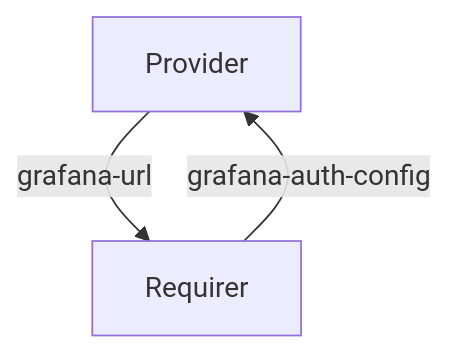
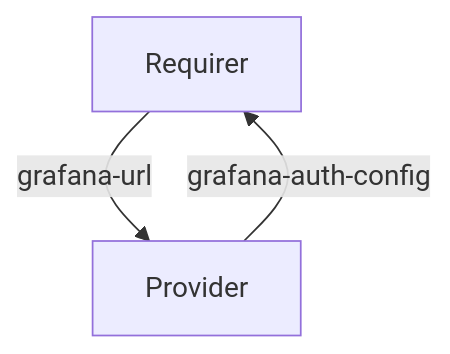
The diagram in grafana_auth/README.md (canonical/charm-relation-interfaces), drawn with Mermaid before and after one commit.

Commit message:
Fixes relation direction in the diagram

````diff
--- a/grafana_auth/README.md
+++ b/grafana_auth/README.md
@@ -12,5 +12,5 @@
 ```mermaid
 flowchart TD
-    Provider -- grafana-url--> Requirer
-    Requirer -- grafana-auth-config--> Provider
+    Requirer -- grafana-url--> Provider
+    Provider -- grafana-auth-config--> Requirer
 ```
````
